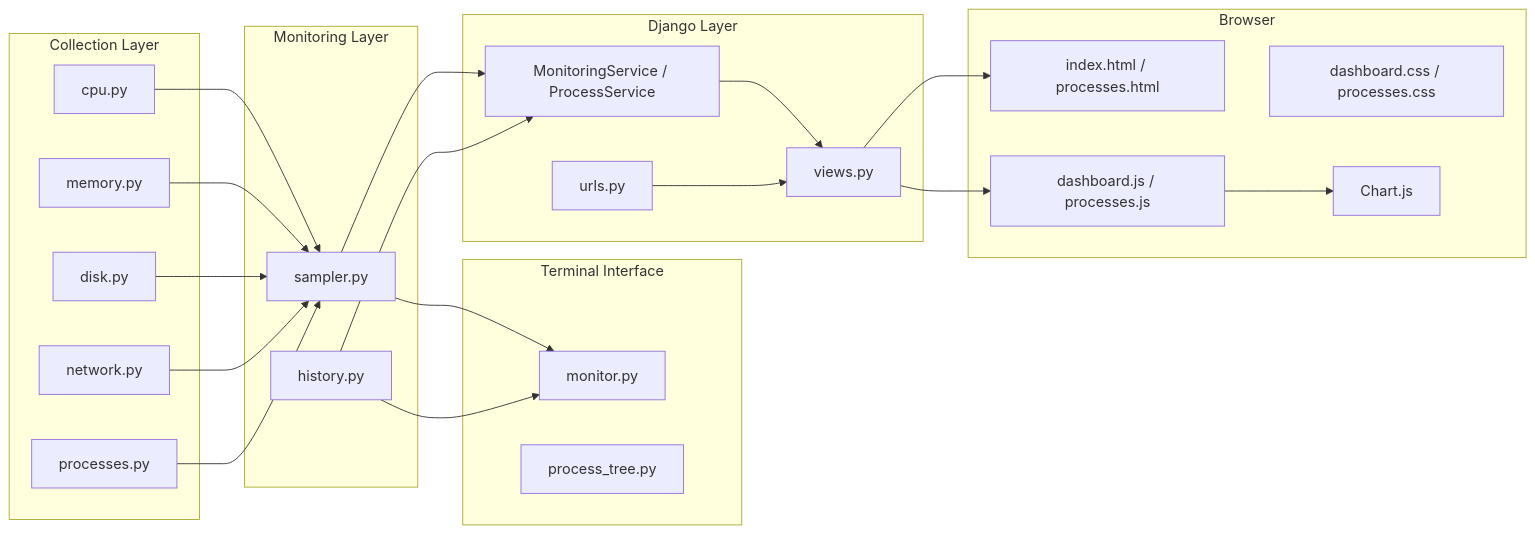
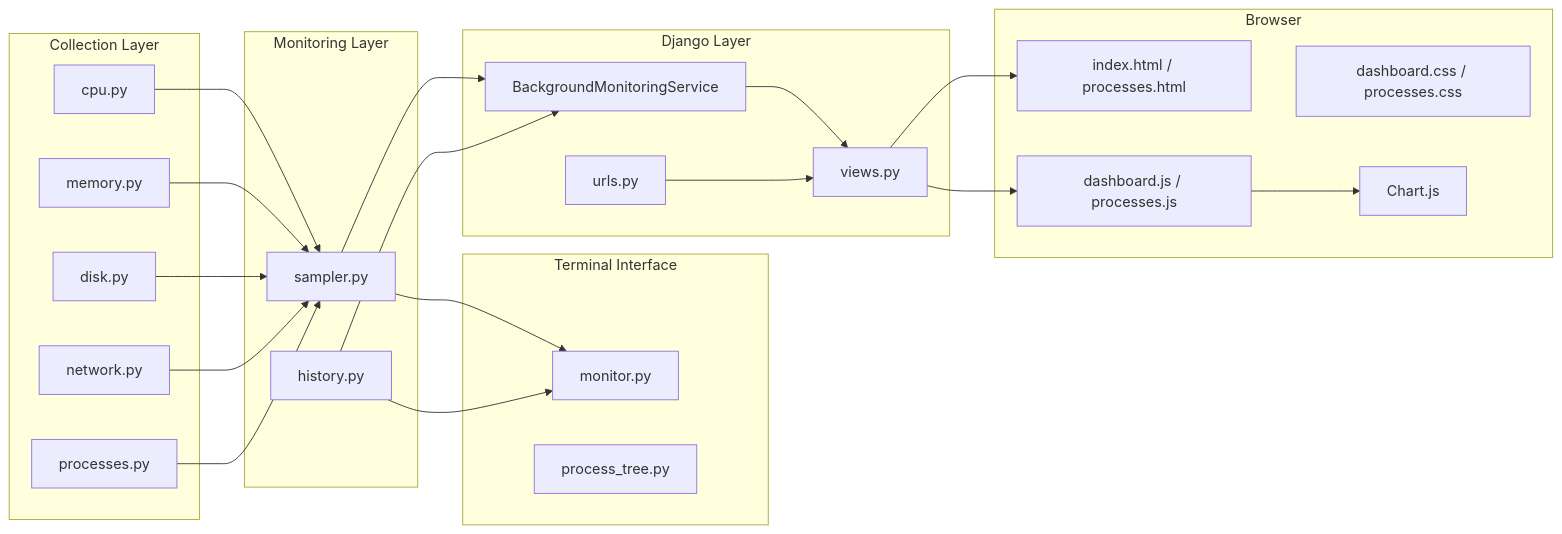
Before and after one commit to IronRon/Sys-Monitor: the second of 31 diagrams in docs/architecture.md, drawn with Mermaid. The commit also changed other lines of this file and 8 other files, not shown here.

First line of the commit message:
Refactor monitoring architecture to implement continuous background sampling

````diff
--- a/docs/architecture.md
+++ b/docs/architecture.md
@@ -175,53 +175,53 @@
 ```mermaid
 flowchart LR
     subgraph Collection["Collection Layer"]
         CPU["cpu.py"]
         MEM["memory.py"]
         DISK["disk.py"]
         NET["network.py"]
         PROC["processes.py"]
     end
 
     subgraph Monitoring["Monitoring Layer"]
         SAMPLER["sampler.py"]
         HISTORY["history.py"]
     end
 
     subgraph CLI["Terminal Interface"]
         MONITOR["monitor.py"]
         TREE["process_tree.py"]
     end
 
     subgraph Web["Django Layer"]
-        SERVICE["MonitoringService / ProcessService"]
+        SERVICE["BackgroundMonitoringService"]
         VIEWS["views.py"]
         URLS["urls.py"]
     end
 
     subgraph Frontend["Browser"]
         HTML["index.html / processes.html"]
         JS["dashboard.js / processes.js"]
         CSS["dashboard.css / processes.css"]
         CHART["Chart.js"]
     end
 
     CPU --> SAMPLER
     MEM --> SAMPLER
     DISK --> SAMPLER
     NET --> SAMPLER
     PROC --> SAMPLER
 
     SAMPLER --> MONITOR
     HISTORY --> MONITOR
 
     SAMPLER --> SERVICE
     HISTORY --> SERVICE
 
     SERVICE --> VIEWS
     URLS --> VIEWS
 
     VIEWS --> HTML
     VIEWS --> JS
 
     JS --> CHART
 ```
````
